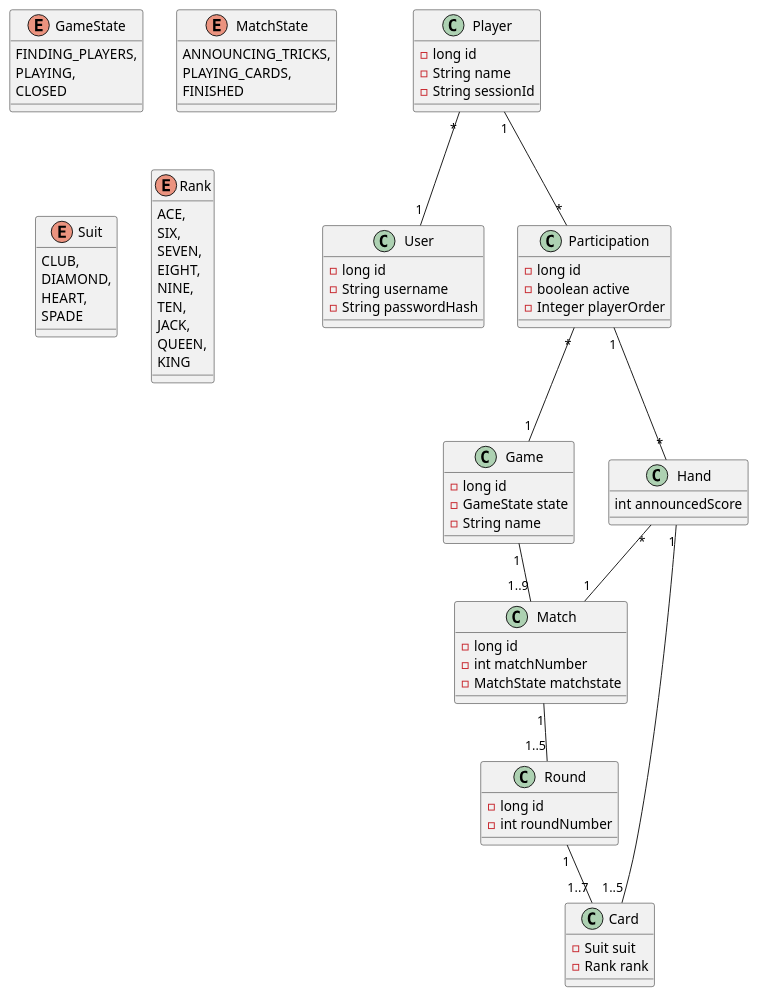
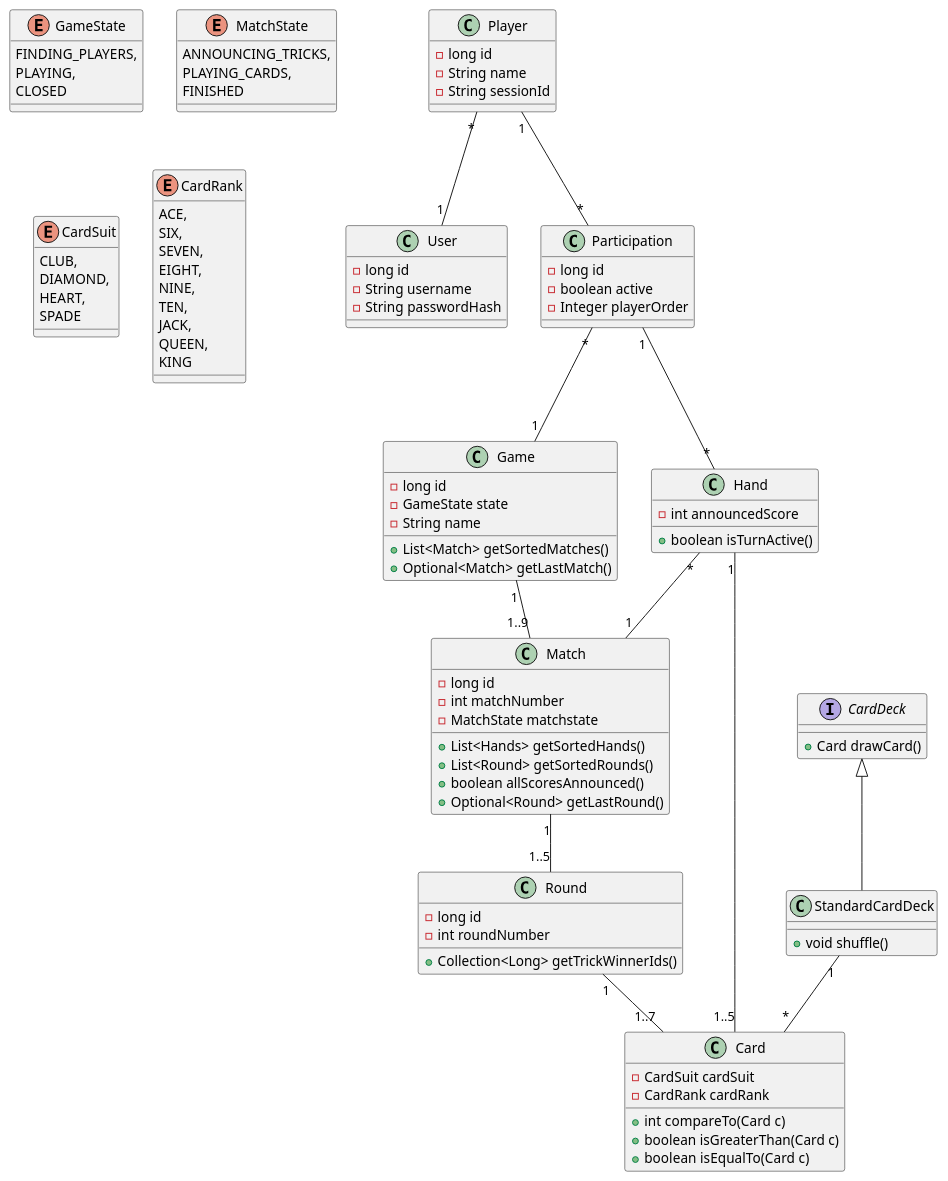
The diagram in doc/m3/uml/class_diagram.puml (sopra-fs22-group-36/screw-your-neighbor-server), drawn with PlantUML before and after one commit.

Commit message:
methods added to class diagram

```diff
--- a/doc/m3/uml/class_diagram.puml
+++ b/doc/m3/uml/class_diagram.puml
@@ -1,93 +1,116 @@
 @startuml
 class Player {
     - long id
     - String name
     - String sessionId
 }
 
 class User {
     - long id
     - String username
     - String passwordHash
 }
 
 enum GameState {
     FINDING_PLAYERS,
     PLAYING,
     CLOSED
 }
 
 class Game {
     - long id
     - GameState state
     - String name
+    + List<Match> getSortedMatches()
+    + Optional<Match> getLastMatch()
 }
 
 class Participation {
     - long id
     - boolean active
     - Integer playerOrder
 }
 
 class Match {
     - long id
     - int matchNumber
     - MatchState matchstate
+    + List<Hands> getSortedHands()
+    + List<Round> getSortedRounds()
+    + boolean allScoresAnnounced()
+    + Optional<Round> getLastRound()
 }
 
 enum MatchState {
     ANNOUNCING_TRICKS,
     PLAYING_CARDS,
     FINISHED
 }
 
 class Hand {
-    int announcedScore
+    - int announcedScore
+    + boolean isTurnActive()
 }
 
 
 class Round {
     - long id
     - int roundNumber
+    + Collection<Long> getTrickWinnerIds()
 }
 
 class Card {
-    - Suit suit
-    - Rank rank
+    - CardSuit cardSuit
+    - CardRank cardRank
+    + int compareTo(Card c)
+    + boolean isGreaterThan(Card c)
+    + boolean isEqualTo(Card c)
 }
 
-enum Suit {
+enum CardSuit {
     CLUB,
     DIAMOND,
     HEART,
     SPADE
 }
 
-enum Rank {
+enum CardRank {
   ACE,
   SIX,
   SEVEN,
   EIGHT,
   NINE,
   TEN,
   JACK,
   QUEEN,
   KING
+}
+
+interface CardDeck {
+    + Card drawCard()
+}
+
+class StandardCardDeck {
+    + void shuffle()
 }
 
 Player "*" -- "1" User
 Player "1" -- "*" Participation
 
 Participation "*" -- "1" Game
 Participation "1" -- "*" Hand
 
 Hand "*" -- "1" Match
 Hand "1" -- "1..5" Card
 
 Game "1" -- "1..9" Match
 
 Match "1" -- "1..5" Round
 
 Round "1" -- "1..7" Card
 
+CardDeck <|-- StandardCardDeck
+
+StandardCardDeck "1" -- "*" Card
+
 @enduml
```
